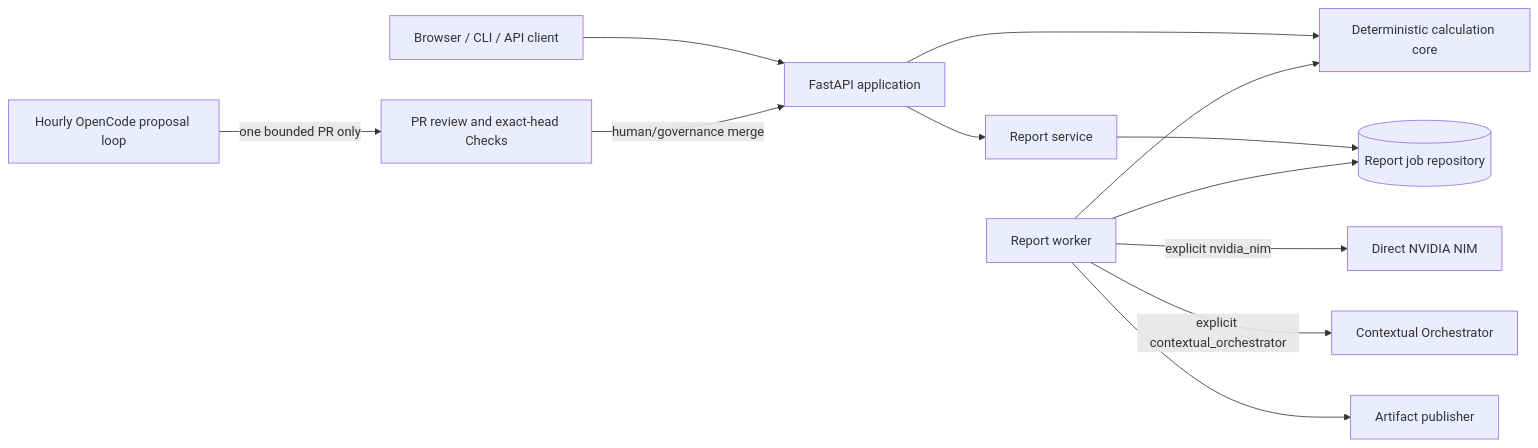
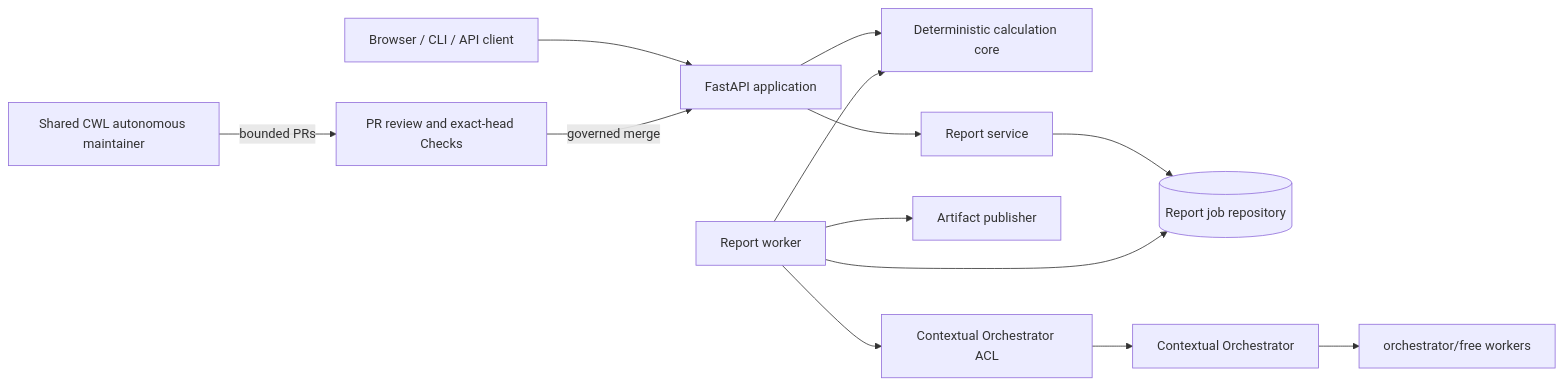
Before and after one commit to ContextualWisdomLab/four-pillars: the second of 2 diagrams in ARCHITECTURE.md, drawn with Mermaid. The commit also changed other lines of this file, not shown here.

Commit message:
docs(architecture): centralize model routing in contextual orchestrator

````diff
--- a/ARCHITECTURE.md
+++ b/ARCHITECTURE.md
@@ -24,26 +37,28 @@
 ```mermaid
 flowchart LR
     User[Browser / CLI / API client]
     API[FastAPI application]
     Calc[Deterministic calculation core]
     Service[Report service]
     Queue[(Report job repository)]
     Artifacts[Artifact publisher]
-    NIM[Direct NVIDIA NIM]
+    ACL[Contextual Orchestrator ACL]
     CO[Contextual Orchestrator]
+    Free[orchestrator/free workers]
     Worker[Report worker]
     Review[PR review and exact-head Checks]
-    Hourly[Hourly OpenCode proposal loop]
+    Shared[Shared CWL autonomous maintainer]
 
     User --> API
     API --> Calc
     API --> Service
     Service --> Queue
     Worker --> Queue
     Worker --> Calc
-    Worker -->|explicit nvidia_nim| NIM
-    Worker -->|explicit contextual_orchestrator| CO
+    Worker --> ACL
+    ACL --> CO
+    CO --> Free
     Worker --> Artifacts
-    Hourly -->|one bounded PR only| Review
-    Review -->|human/governance merge| API
+    Shared -->|bounded PRs| Review
+    Review -->|governed merge| API
 ```
````
